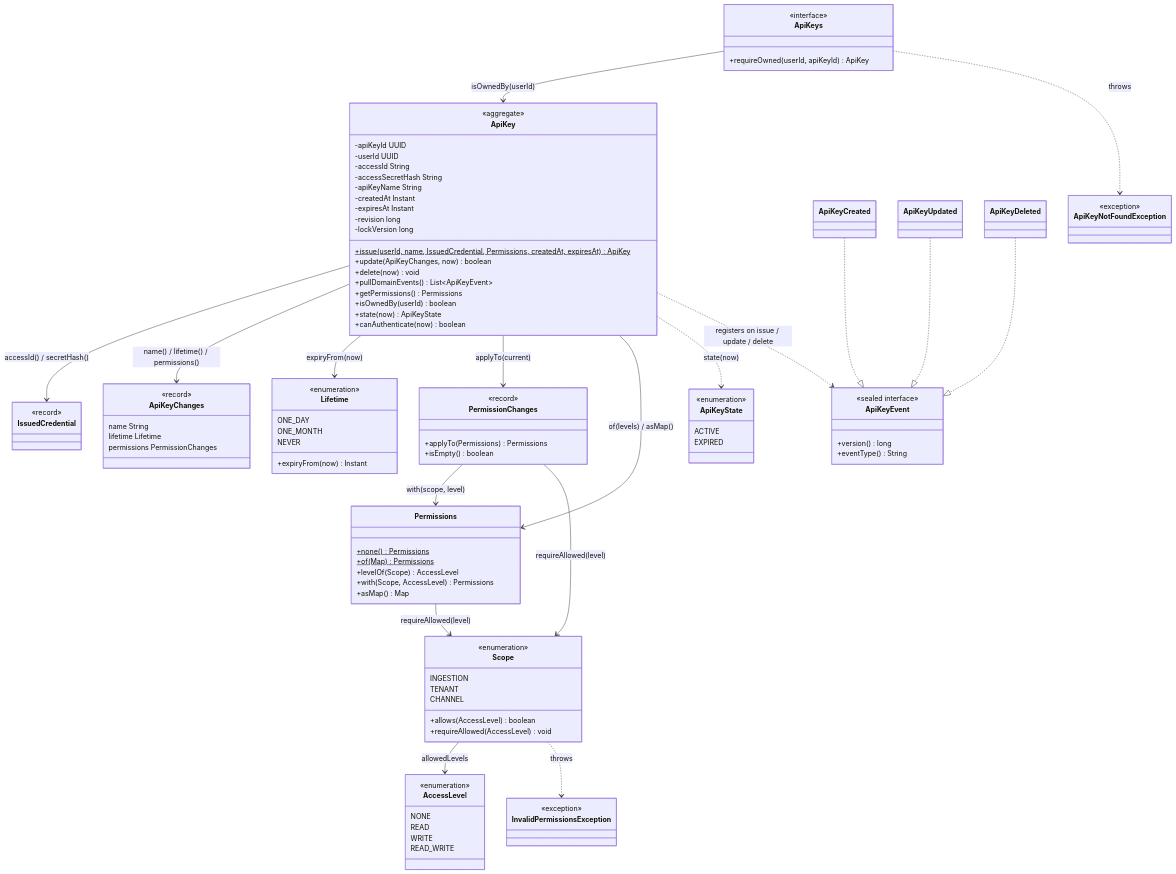
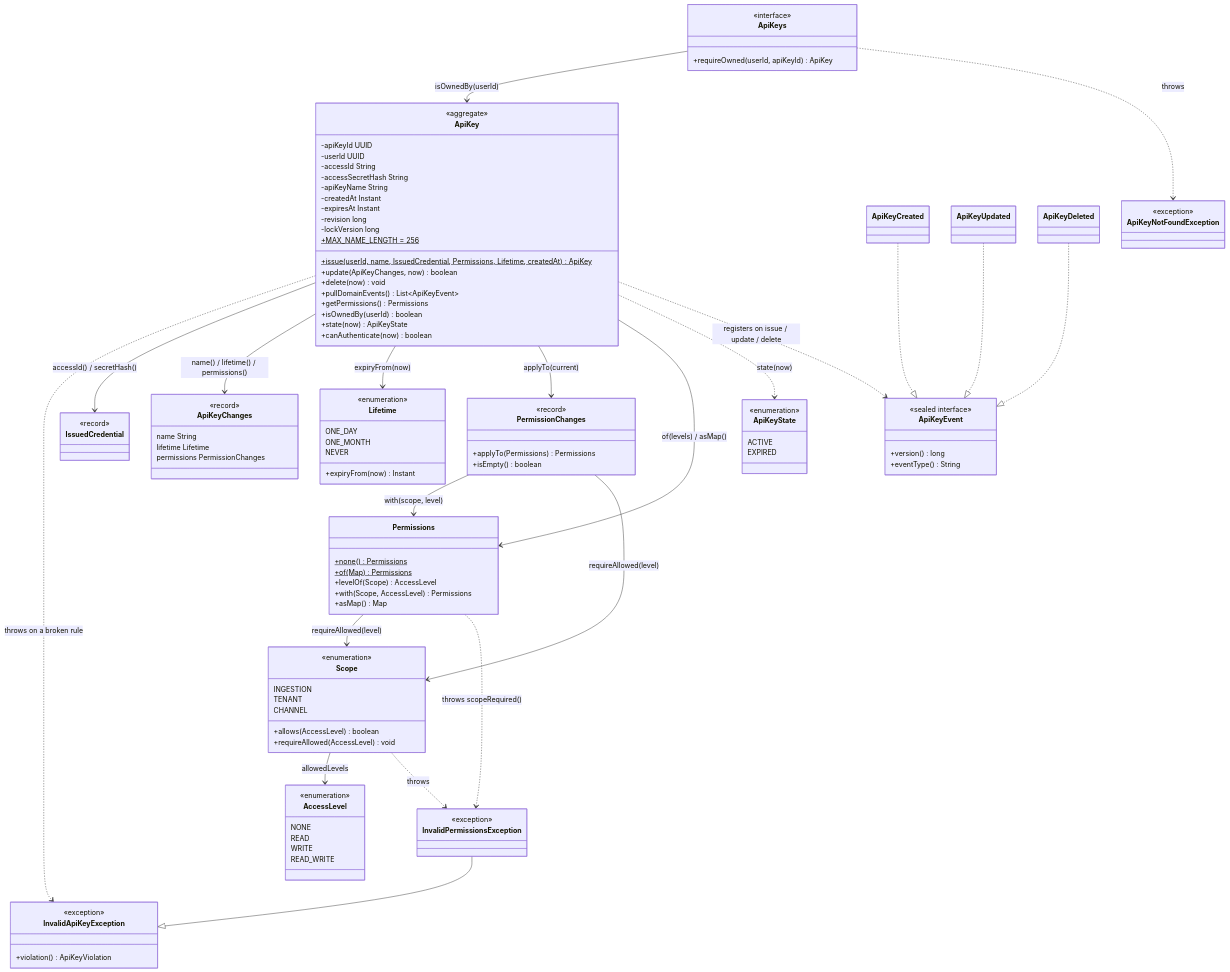
Before and after one commit to Dhiren9939/HQ-Tier0: the tenth of 11 diagrams in docs/access-class-diagram.md, drawn with Mermaid. The commit also changed other lines of this file and 26 other files, not shown here.

First line of the commit message:
feat(access): enforce api key invariants with typed violations and a golden projection contract

```diff
--- a/docs/access-class-diagram.md
+++ b/docs/access-class-diagram.md
@@ -939,7 +941,8 @@
         -expiresAt Instant
         -revision long
         -lockVersion long
-        +issue(userId, name, IssuedCredential, Permissions, createdAt, expiresAt)$ ApiKey
+        +MAX_NAME_LENGTH = 256$
+        +issue(userId, name, IssuedCredential, Permissions, Lifetime, createdAt)$ ApiKey
         +update(ApiKeyChanges, now) boolean
         +delete(now) void
         +pullDomainEvents() List~ApiKeyEvent~
@@ -1008,6 +1011,10 @@
     class ApiKeyCreated
     class ApiKeyUpdated
     class ApiKeyDeleted
+    class InvalidApiKeyException {
+        <<exception>>
+        +violation() ApiKeyViolation
+    }
     class InvalidPermissionsException {
         <<exception>>
     }
@@ -1015,6 +1022,8 @@
         <<exception>>
     }
 
+    InvalidPermissionsException --|> InvalidApiKeyException
+    ApiKey ..> InvalidApiKeyException : throws on a broken rule
     ApiKey --> IssuedCredential : accessId() / secretHash()
     ApiKey --> ApiKeyChanges : name() / lifetime() / permissions()
     ApiKey --> Lifetime : expiryFrom(now)
@@ -1028,6 +1037,7 @@
     Permissions --> Scope : requireAllowed(level)
     Scope --> AccessLevel : allowedLevels
     Scope ..> InvalidPermissionsException : throws
+    Permissions ..> InvalidPermissionsException : throws scopeRequired()
 
     ApiKeyCreated ..|> ApiKeyEvent
     ApiKeyUpdated ..|> ApiKeyEvent
```
